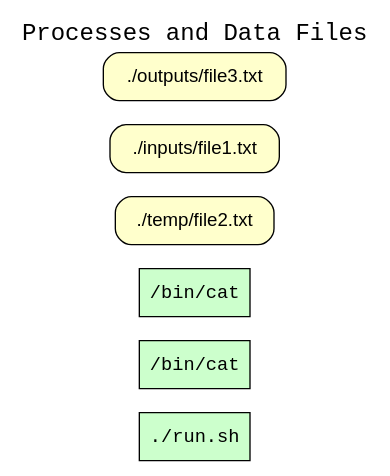
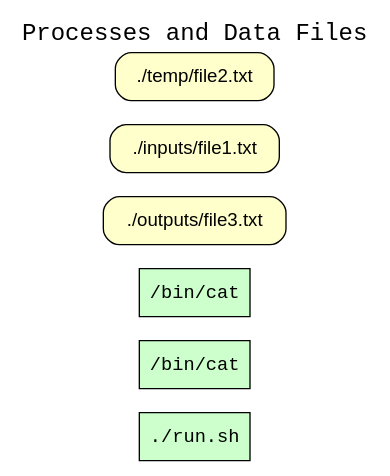
The diagram in examples/07-two-step-pipeline/graphs/wt_processes_and_data_files.dot (CIRSS/cpr), drawn with Graphviz before and after one commit. The commit also changed 17 other files, not shown here.

```diff
--- a/examples/07-two-step-pipeline/graphs/wt_processes_and_data_files.dot
+++ b/examples/07-two-step-pipeline/graphs/wt_processes_and_data_files.dot
@@ -1,15 +1,14 @@
 
 digraph wt_run {
 rankdir=LR
 fontname=Courier; fontsize=18; labelloc=t
 label="Processes and Data Files"
 node[shape=box style="filled" fillcolor="#CCFFCC" peripheries=1 fontname=Courier]
 "exe:e1" [label="./run.sh"]
 "exe:e2" [label="/bin/cat"]
 "exe:e3" [label="/bin/cat"]
 node[shape=box style="rounded,filled" fillcolor="#FFFFCC" peripheries=1 fontname=Helvetica]
-"access:i11" [label="./temp/file2.txt"]
+"access:i20" [label="./outputs/file3.txt"]
 "access:i19" [label="./inputs/file1.txt"]
-"access:i20" [label="./outputs/file3.txt"]
 "access:i11" [label="./temp/file2.txt"]
 }
```
